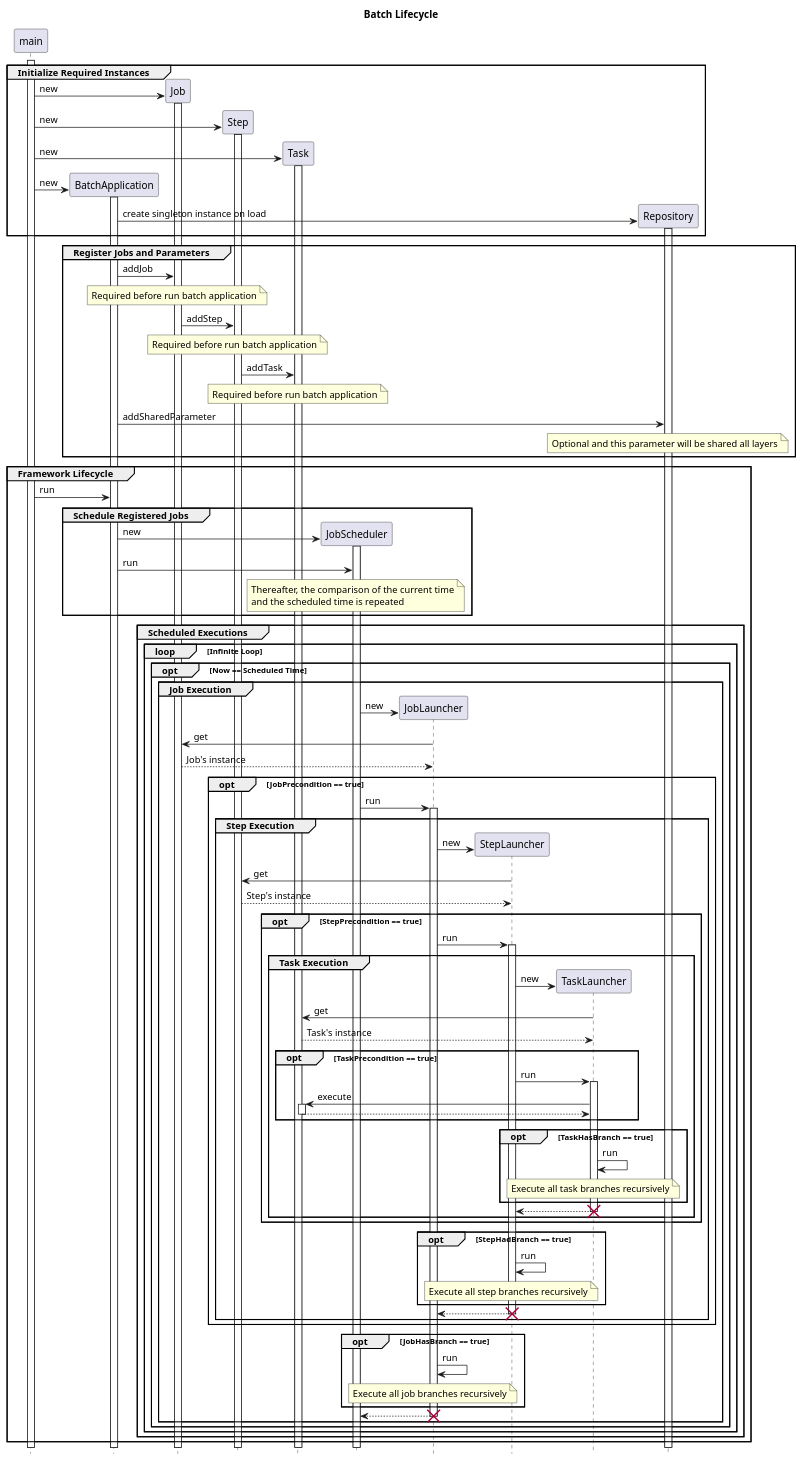
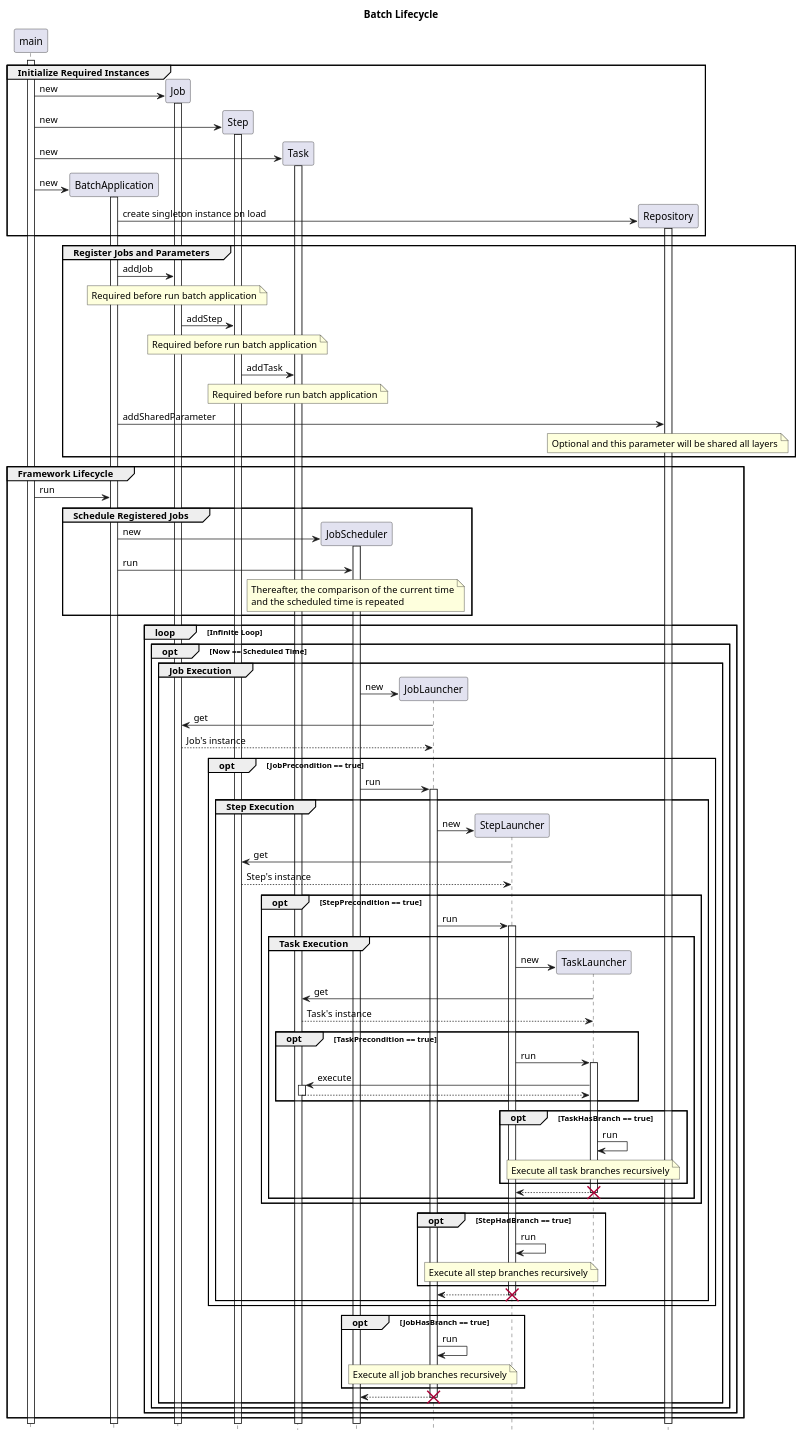
Before and after one commit to runchise/batch.dart: the diagram in design/sequence.pu, drawn with PlantUML.

```diff
--- a/design/sequence.pu
+++ b/design/sequence.pu
@@ -1,142 +1,139 @@
 @startuml Batch Lifecycle
 title Batch Lifecycle
 
 hide footbox
 participant main
 participant BatchApplication
 participant Job
 participant Step
 participant Task
 participant JobScheduler
 participant JobLauncher
 participant StepLauncher
 participant TaskLauncher
 participant Repository
 
 activate main
 
 group Initialize Required Instances
     create Job
     main -> Job: new
     activate Job
     create Step
     main -> Step: new
     activate Step
 
     create Task
     main -> Task: new
     activate Task
 
     create BatchApplication
     main -> BatchApplication: new
     activate BatchApplication
     create Repository
     BatchApplication -> Repository: create singleton instance on load
     activate Repository
 end
 
 group Register Jobs and Parameters
     BatchApplication -> Job: addJob
     note over Job: Required before run batch application
 
     Job -> Step: addStep
     note over Step: Required before run batch application
 
     Step -> Task: addTask
     note over Task: Required before run batch application
 
     BatchApplication -> Repository: addSharedParameter
     note over Repository: Optional and this parameter will be shared all layers
 end
 
 
 group Framework Lifecycle
     main -> BatchApplication: run
 
     group Schedule Registered Jobs
         create JobScheduler
         BatchApplication -> JobScheduler: new
         activate JobScheduler
 
         BatchApplication -> JobScheduler: run
         note over JobScheduler
             Thereafter, the comparison of the current time
             and the scheduled time is repeated
         end note
     end
 
-    group Scheduled Executions
-        loop Infinite Loop
-            opt Now == Scheduled Time
+    loop Infinite Loop
+        opt Now == Scheduled Time
+            group Job Execution
+                create JobLauncher
+                JobScheduler -> JobLauncher: new
+                JobLauncher -> Job: get
+                JobLauncher <-- Job: Job's instance
 
-                group Job Execution
-                    create JobLauncher
-                    JobScheduler -> JobLauncher: new
-                    JobLauncher -> Job: get
-                    JobLauncher <-- Job: Job's instance
+                opt JobPrecondition == true
+                    JobScheduler -> JobLauncher: run
 
-                    opt JobPrecondition == true
-                        JobScheduler -> JobLauncher: run
+                    activate JobLauncher
 
-                        activate JobLauncher
+                    group Step Execution
+                        create StepLauncher
+                        JobLauncher -> StepLauncher: new
+                        StepLauncher -> Step: get
+                        StepLauncher <-- Step: Step's instance
 
-                        group Step Execution
-                            create StepLauncher
-                            JobLauncher -> StepLauncher: new
-                            StepLauncher -> Step: get
-                            StepLauncher <-- Step: Step's instance
+                        opt StepPrecondition == true
+                            JobLauncher -> StepLauncher: run
+                            activate StepLauncher
 
-                            opt StepPrecondition == true
-                                JobLauncher -> StepLauncher: run
-                                activate StepLauncher
+                            group Task Execution
+                                create TaskLauncher
+                                StepLauncher -> TaskLauncher: new
+                                TaskLauncher -> Task: get
+                                TaskLauncher <-- Task: Task's instance
 
-                                group Task Execution
-                                    create TaskLauncher
-                                    StepLauncher -> TaskLauncher: new
-                                    TaskLauncher -> Task: get
-                                    TaskLauncher <-- Task: Task's instance
+                                opt TaskPrecondition == true
+                                    StepLauncher -> TaskLauncher: run
+                                    activate TaskLauncher
+                                    TaskLauncher -> Task: execute
+                                    activate Task
+                                    TaskLauncher <-- Task
+                                    deactivate Task
+                                end
 
-                                    opt TaskPrecondition == true
-                                        StepLauncher -> TaskLauncher: run
-                                        activate TaskLauncher
-                                        TaskLauncher -> Task: execute
-                                        activate Task
-                                        TaskLauncher <-- Task
-                                        deactivate Task
-                                    end
+                                opt TaskHasBranch == true
+                                    TaskLauncher -> TaskLauncher: run
+                                    note over TaskLauncher: Execute all task branches recursively
+                                end
+                                                                                                    StepLauncher <-- TaskLauncher
+                                deactivate TaskLauncher
+                                destroy TaskLauncher
+                            end
+                        end
 
-                                    opt TaskHasBranch == true
-                                        TaskLauncher -> TaskLauncher: run
-                                        note over TaskLauncher: Execute all task branches recursively
-                                    end
-                                                                                                       StepLauncher <-- TaskLauncher
-                                    deactivate TaskLauncher
-                                    destroy TaskLauncher
-                                end
-                            end
+                        opt StepHadBranch == true
+                            StepLauncher -> StepLauncher: run
+                            note over StepLauncher: Execute all step branches recursively
+                        end
 
-                            opt StepHadBranch == true
-                                StepLauncher -> StepLauncher: run
-                                note over StepLauncher: Execute all step branches recursively
-                            end
+                        JobLauncher <-- StepLauncher
+                        deactivate StepLauncher
+                        destroy StepLauncher
+                    end
+                end
 
-                            JobLauncher <-- StepLauncher
-                            deactivate StepLauncher
-                            destroy StepLauncher
-                        end
-                    end
+                opt JobHasBranch == true
+                    JobLauncher -> JobLauncher: run
+                    note over JobLauncher: Execute all job branches recursively
+                end
 
-                    opt JobHasBranch == true
-                        JobLauncher -> JobLauncher: run
-                        note over JobLauncher: Execute all job branches recursively
-                    end
-
-                    JobScheduler <-- JobLauncher
-                    deactivate JobLauncher
-                    destroy JobLauncher
-                end
+                JobScheduler <-- JobLauncher
+                deactivate JobLauncher
+                destroy JobLauncher
             end
         end
     end
 end
 @enduml
```
